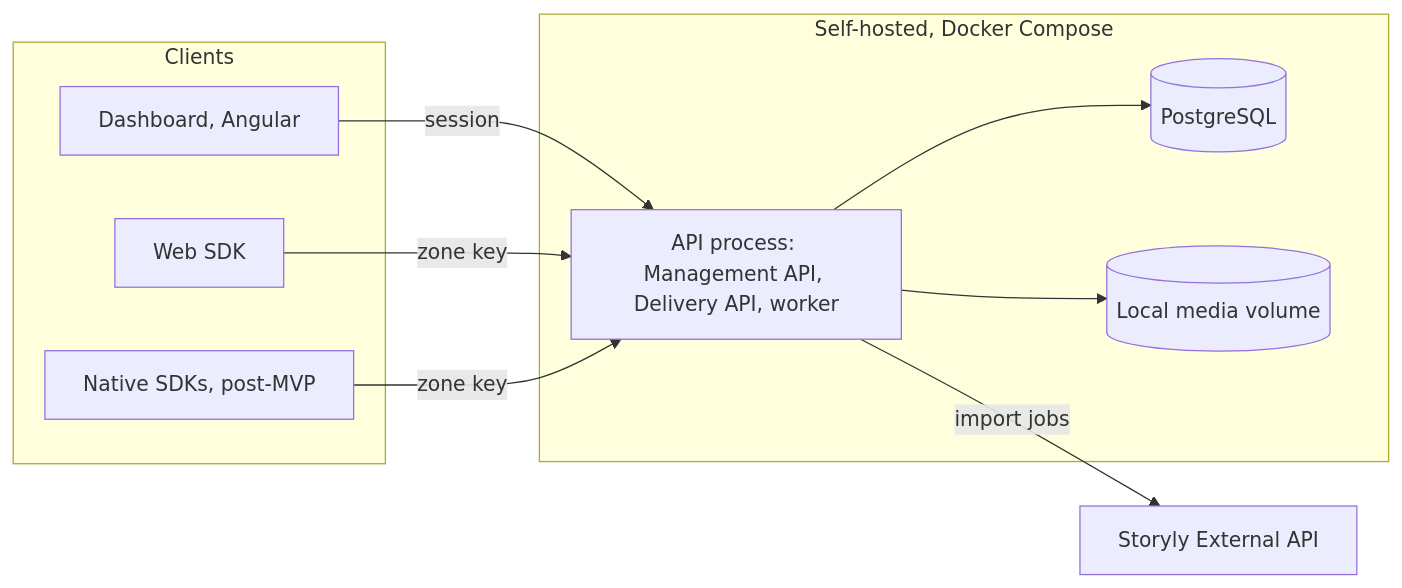
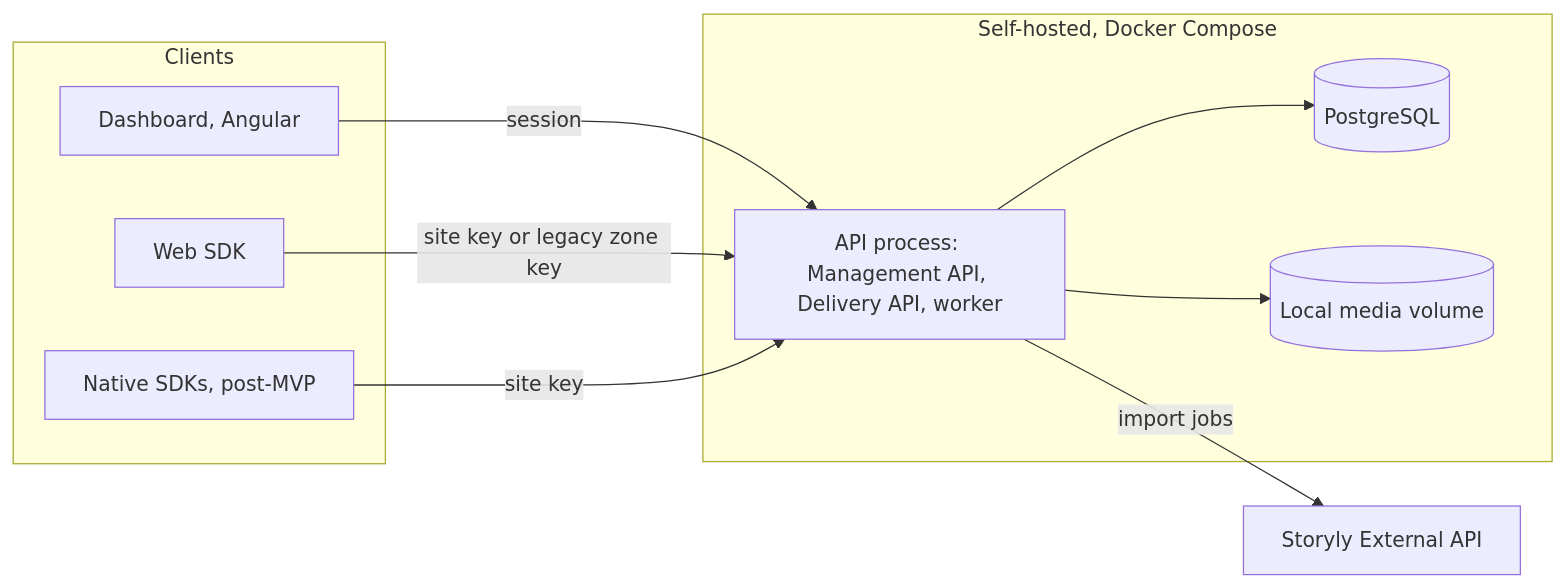
The second of 3 diagrams in _bmad-output/initiative-taleart/architecture-taleart/architecture-taleart.md (ido-lempert/Taleart), drawn with Mermaid before and after one commit. The commit also changed other lines of this file and 12 other files, not shown here.

````diff
--- a/_bmad-output/initiative-taleart/architecture-taleart/architecture-taleart.md
+++ b/_bmad-output/initiative-taleart/architecture-taleart/architecture-taleart.md
@@ -222,20 +247,20 @@
 ```mermaid
 flowchart LR
   subgraph clients[Clients]
     dash[Dashboard, Angular]
     sdk[Web SDK]
     nat[Native SDKs, post-MVP]
   end
   subgraph host[Self-hosted, Docker Compose]
     api[API process: Management API, Delivery API, worker]
     db[(PostgreSQL)]
     media[(Local media volume)]
   end
   storyly[Storyly External API]
   dash -->|session| api
-  sdk -->|zone key| api
-  nat -->|zone key| api
+  sdk -->|site key or legacy zone key| api
+  nat -->|site key| api
   api --> db
   api --> media
   api -->|import jobs| storyly
 ```
````
